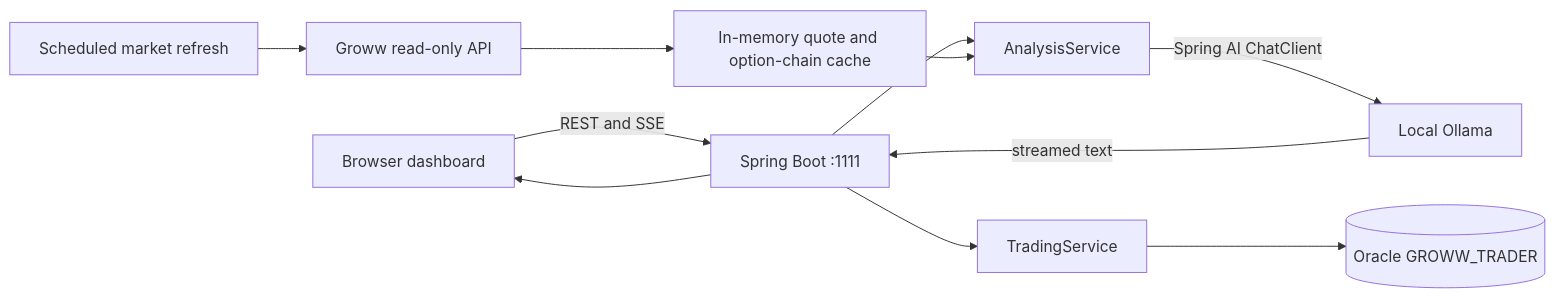
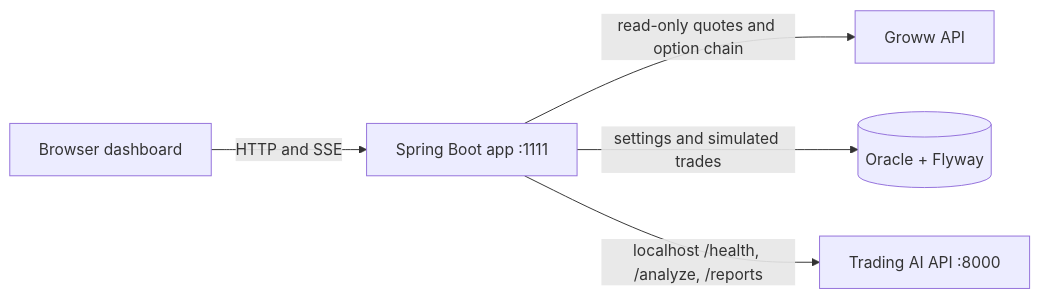
One commit to sureshmallela9/groww-ai-options-trader-runnable changed the diagram in docs/ARCHITECTURE_AND_API.md. Above: the diagram before and after it, drawn with Mermaid. The commit also changed other lines of this file and 20 other files, not shown here.

````diff
--- a/docs/ARCHITECTURE_AND_API.md
+++ b/docs/ARCHITECTURE_AND_API.md
@@ -13,13 +5,7 @@
-~~~mermaid
+```mermaid
 flowchart LR
-    UI[Browser dashboard] -->|REST and SSE| API[Spring Boot :1111]
-    API --> Analysis[AnalysisService]
-    API --> Paper[TradingService]
-    Paper --> DB[(Oracle GROWW_TRADER)]
-    Scheduler[Scheduled market refresh] --> Groww[Groww read-only API]
-    Groww --> Cache[In-memory quote and option-chain cache]
-    Cache --> Analysis
-    Analysis -->|Spring AI ChatClient| Ollama[Local Ollama]
-    Ollama -->|streamed text| API
-    API --> UI
-~~~
+  UI[Browser dashboard] -->|HTTP and SSE| App[Spring Boot app :1111]
+  App -->|read-only quotes and option chain| Groww[Groww API]
+  App -->|settings and simulated trades| Oracle[(Oracle + Flyway)]
+  App -->|localhost /health, /analyze, /reports| AI[Trading AI API :8000]
+```
````
